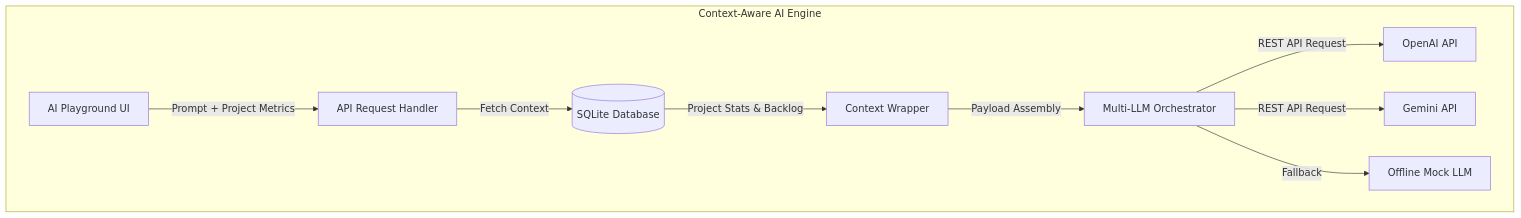
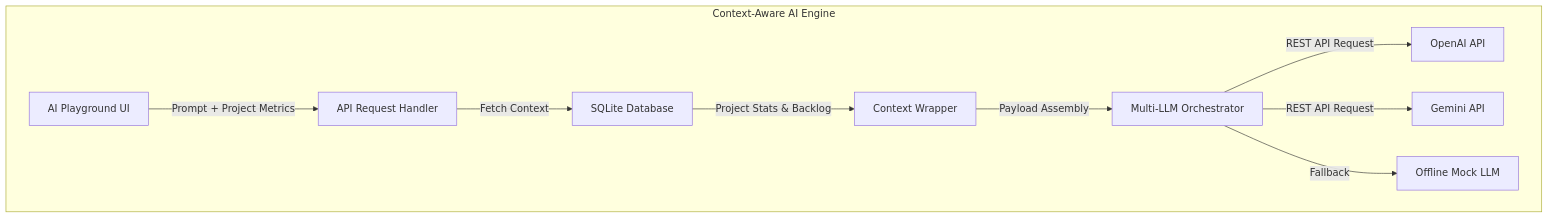
The second of 3 diagrams in README.md (MustafaPinjari/BAHub), drawn with Mermaid before and after one commit. The commit also changed other lines of this file and 13 other files, not shown here.

````diff
--- a/README.md
+++ b/README.md
@@ -146,12 +146,12 @@
 ```mermaid
 graph TD
     subgraph "Context-Aware AI Engine"
         Playground["AI Playground UI"] -->|Prompt + Project Metrics| Handler["API Request Handler"]
-        Handler -->|Fetch Context| DB[("SQLite Database")]
+        Handler -->|Fetch Context| DB["SQLite Database"]
         DB -->|Project Stats & Backlog| Context["Context Wrapper"]
         Context -->|Payload Assembly| Orchestrator["Multi-LLM Orchestrator"]
         Orchestrator -->|REST API Request| OpenAI["OpenAI API"]
         Orchestrator -->|REST API Request| Gemini["Gemini API"]
         Orchestrator -->|Fallback| MockLLM["Offline Mock LLM"]
     end
 ```
````
